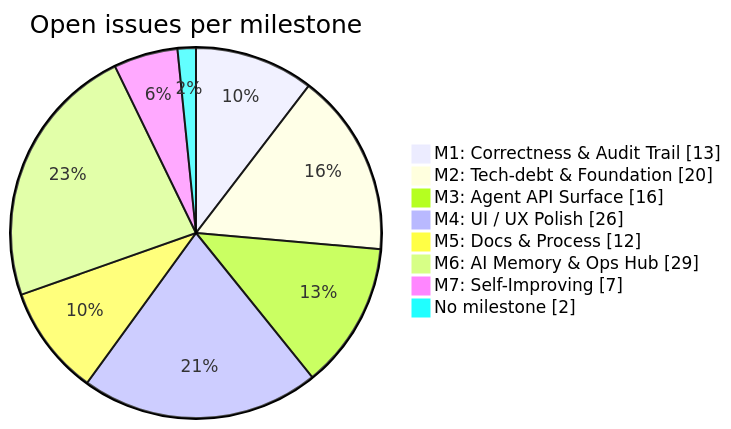
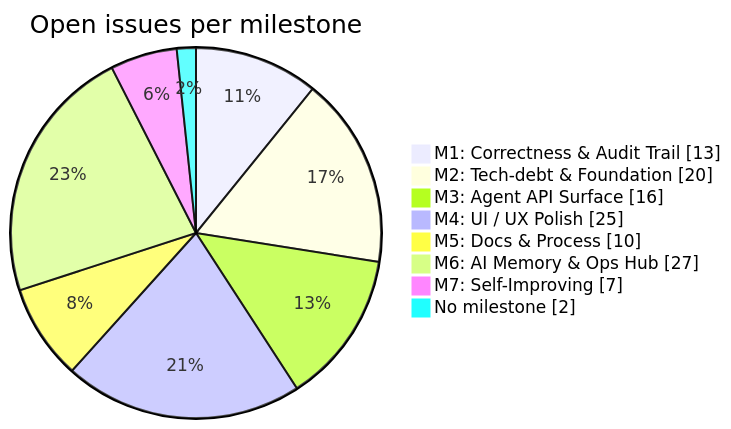
One commit to joelfuller2016/KanbanFlow-v2 changed the diagram in docs/BACKLOG.md. Above: the diagram before and after it, drawn with Mermaid. The commit also changed other lines of this file, not shown here.

````diff
--- a/docs/BACKLOG.md
+++ b/docs/BACKLOG.md
@@ -44,12 +44,12 @@
 ```mermaid
 pie showData
     title Open issues per milestone
     "M1: Correctness & Audit Trail" : 13
     "M2: Tech-debt & Foundation" : 20
     "M3: Agent API Surface" : 16
-    "M4: UI / UX Polish" : 26
-    "M5: Docs & Process" : 12
-    "M6: AI Memory & Ops Hub" : 29
+    "M4: UI / UX Polish" : 25
+    "M5: Docs & Process" : 10
+    "M6: AI Memory & Ops Hub" : 27
     "M7: Self-Improving" : 7
     "No milestone" : 2
 ```
````
